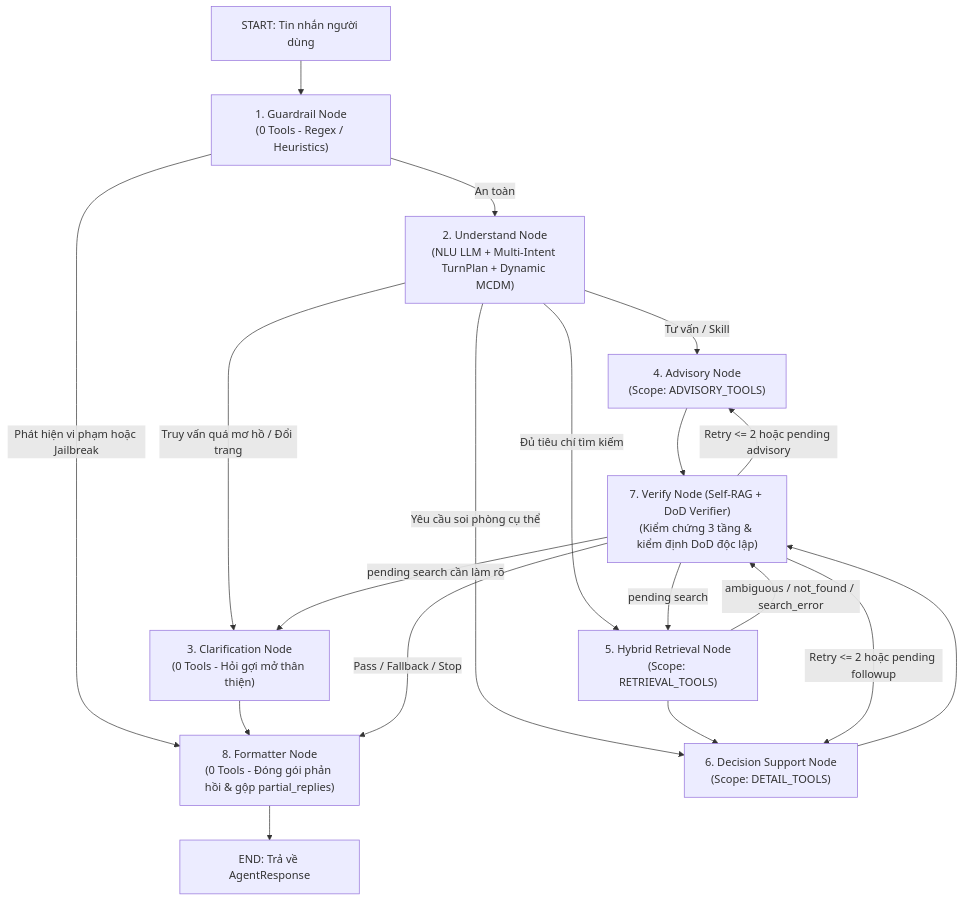
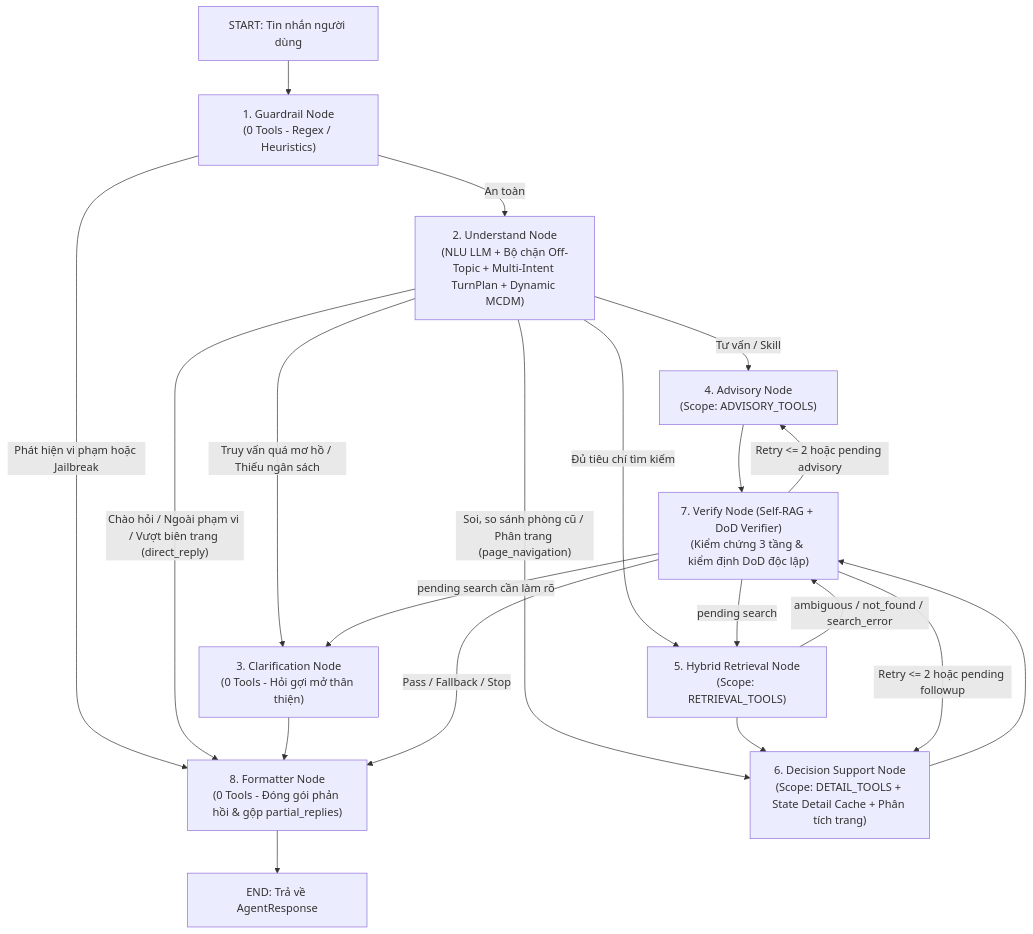
Before and after one commit to undead04/intelligent-room-rental: the diagram in README.md, drawn with Mermaid. The commit also changed other lines of this file and 34 other files, not shown here.

Commit message:
feat(ai-agent): unify pagination decision flow, remove semantic regexes and optimize KV-cache

````diff
--- a/README.md
+++ b/README.md
@@ -223,26 +223,27 @@
 ```mermaid
 flowchart TD
     START["START: Tin nhắn người dùng"] --> N1["1. Guardrail Node<br/>(0 Tools - Regex / Heuristics)"]
     
     N1 -->|Phát hiện vi phạm hoặc Jailbreak| N8["8. Formatter Node<br/>(0 Tools - Đóng gói phản hồi & gộp partial_replies)"]
-    N1 -->|An toàn| N2["2. Understand Node<br/>(NLU LLM + Multi-Intent TurnPlan + Dynamic MCDM)"]
+    N1 -->|An toàn| N2["2. Understand Node<br/>(NLU LLM + Bộ chặn Off-Topic + Multi-Intent TurnPlan + Dynamic MCDM)"]
     
+    N2 -->|"Chào hỏi / Ngoài phạm vi / Vượt biên trang (direct_reply)"| N8
     N2 -->|Tư vấn / Skill| N4["4. Advisory Node<br/>(Scope: ADVISORY_TOOLS)"]
-    N2 -->|Truy vấn quá mơ hồ / Đổi trang| N3["3. Clarification Node<br/>(0 Tools - Hỏi gợi mở thân thiện)"]
-    N2 -->|Yêu cầu soi phòng cụ thể| N6["6. Decision Support Node<br/>(Scope: DETAIL_TOOLS)"]
+    N2 -->|Truy vấn quá mơ hồ / Thiếu ngân sách| N3["3. Clarification Node<br/>(0 Tools - Hỏi gợi mở thân thiện)"]
+    N2 -->|"Soi, so sánh phòng cũ / Phân trang (page_navigation)"| N6["6. Decision Support Node<br/>(Scope: DETAIL_TOOLS + State Detail Cache + Phân tích trang)"]
     N2 -->|Đủ tiêu chí tìm kiếm| N5["5. Hybrid Retrieval Node<br/>(Scope: RETRIEVAL_TOOLS)"]
     
     N4 --> N7
     N3 --> N8
     N5 --> N6
     N5 -->|ambiguous / not_found / search_error| N7
     
     N6 --> N7["7. Verify Node (Self-RAG + DoD Verifier)<br/>(Kiểm chứng 3 tầng & kiểm định DoD độc lập)"]
     N7 -->|Retry <= 2 hoặc pending followup| N6
     N7 -->|Retry <= 2 hoặc pending advisory| N4
     N7 -->|pending search| N5
     N7 -->|pending search cần làm rõ| N3
     N7 -->|Pass / Fallback / Stop| N8
     
     N8 --> END["END: Trả về AgentResponse"]
 ```
````
